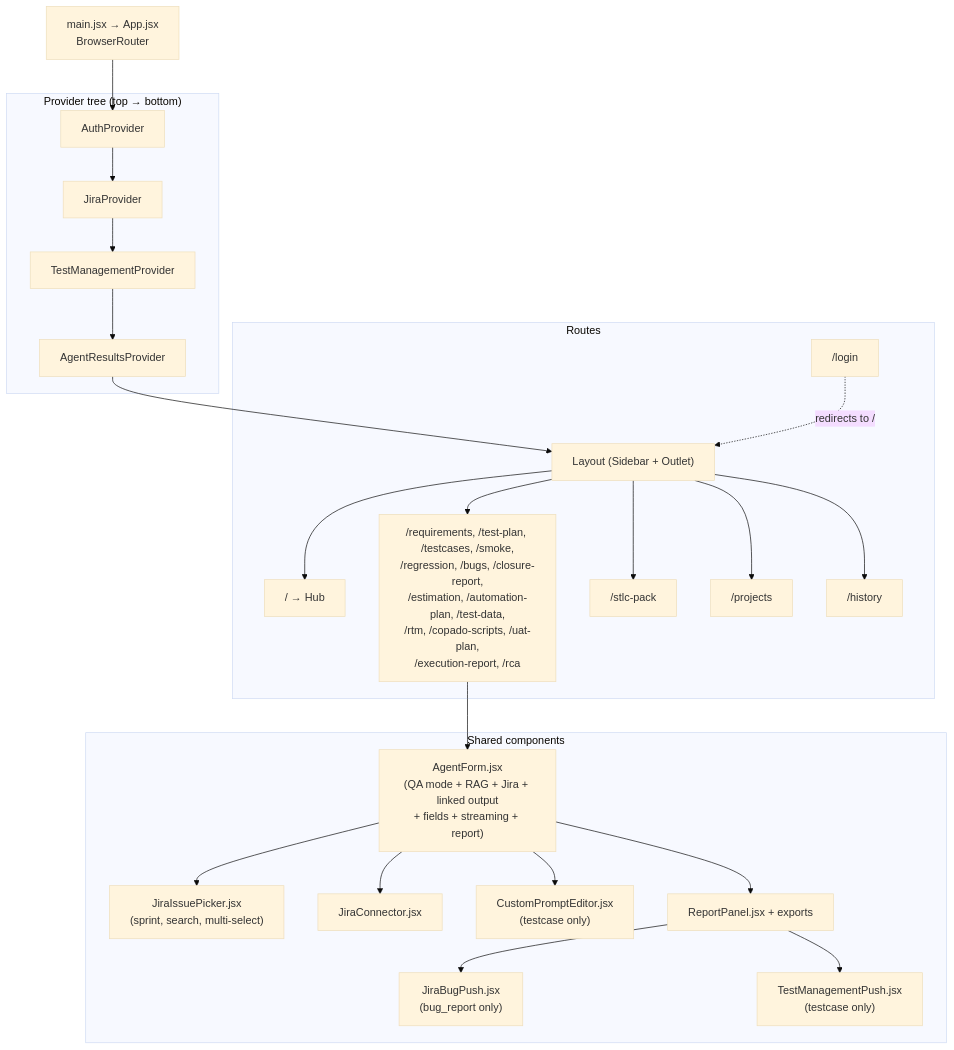
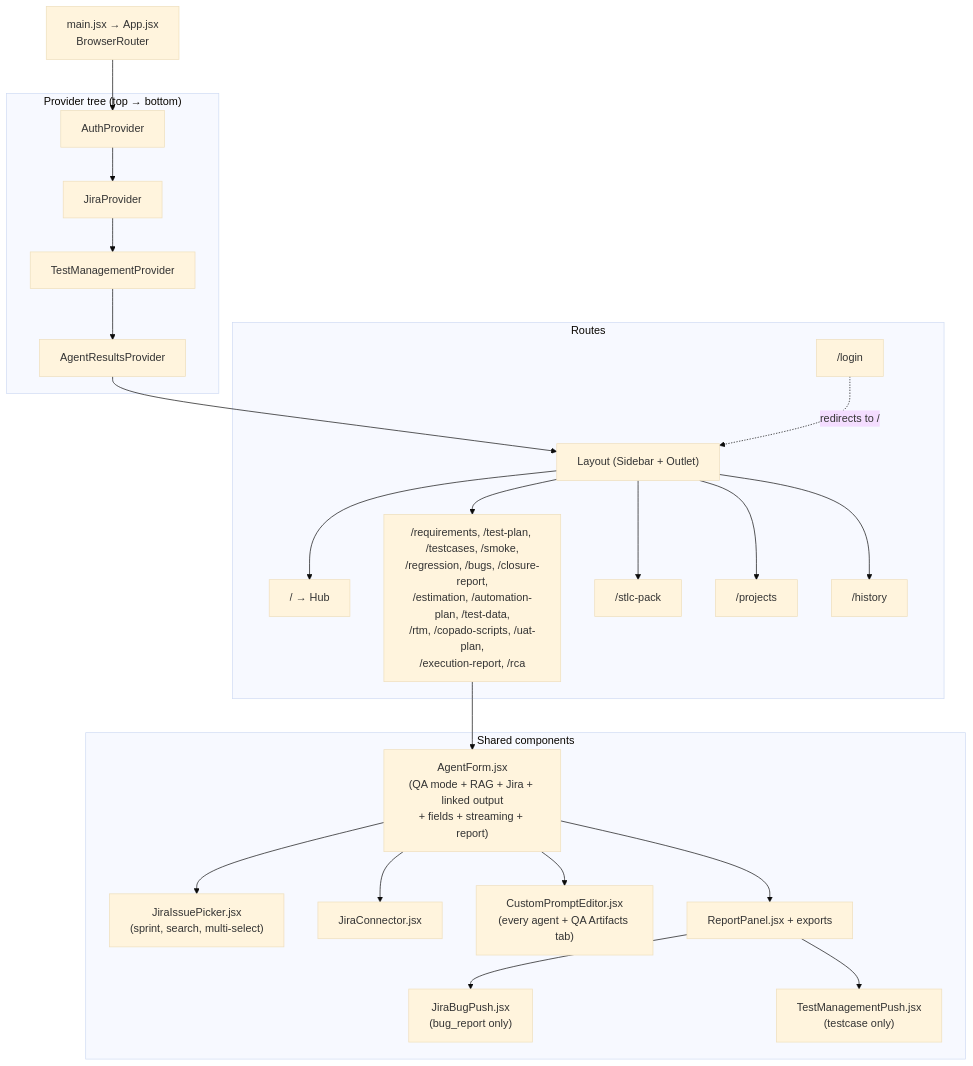
One commit to shahronit/SF-QA-WEB changed the third of 6 diagrams in ARCHITECTURE.md. Above: the diagram before and after it, drawn with Mermaid (base theme). The commit also changed other lines of this file and 9 other files, not shown here.

````diff
--- a/ARCHITECTURE.md
+++ b/ARCHITECTURE.md
@@ -141,43 +141,43 @@
 ```mermaid
 flowchart TB
   Main["main.jsx → App.jsx<br/>BrowserRouter"]
   subgraph providers["Provider tree (top → bottom)"]
     Auth["AuthProvider"]
     Jira["JiraProvider"]
     TM["TestManagementProvider"]
     AR["AgentResultsProvider"]
   end
   subgraph routes["Routes"]
     Layout["Layout (Sidebar + Outlet)"]
     Hub["/ → Hub"]
     Agents["/requirements, /test-plan, /testcases, /smoke,<br/>/regression, /bugs, /closure-report,<br/>/estimation, /automation-plan, /test-data,<br/>/rtm, /copado-scripts, /uat-plan,<br/>/execution-report, /rca"]
     Stlc["/stlc-pack"]
     Projects["/projects"]
     History["/history"]
     Login["/login"]
   end
   subgraph shared["Shared components"]
     AgentForm["AgentForm.jsx<br/>(QA mode + RAG + Jira + linked output<br/>+ fields + streaming + report)"]
     Picker["JiraIssuePicker.jsx<br/>(sprint, search, multi-select)"]
     JConn["JiraConnector.jsx"]
     JBug["JiraBugPush.jsx<br/>(bug_report only)"]
     TmPush["TestManagementPush.jsx<br/>(testcase only)"]
-    CPE["CustomPromptEditor.jsx<br/>(testcase only)"]
+    CPE["CustomPromptEditor.jsx<br/>(every agent + QA Artifacts tab)"]
     Report["ReportPanel.jsx + exports"]
   end
 
   Main --> Auth --> Jira --> TM --> AR --> Layout
   Layout --> Hub
   Layout --> Agents
   Layout --> Stlc
   Layout --> Projects
   Layout --> History
   Login -. "redirects to /" .-> Layout
   Agents --> AgentForm
   AgentForm --> Picker
   AgentForm --> JConn
   AgentForm --> CPE
   AgentForm --> Report
   Report --> JBug
   Report --> TmPush
 ```
````
